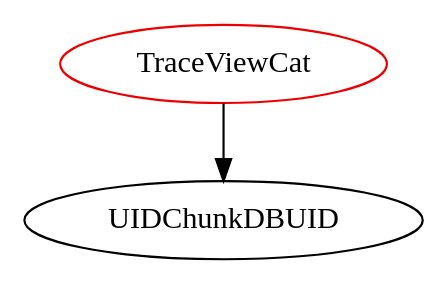
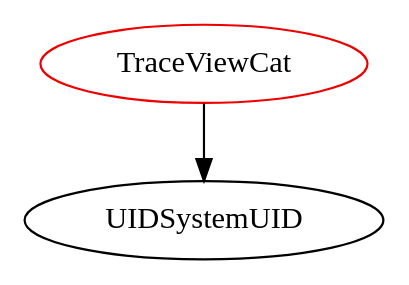
The diagram in analysis/TypeDependencyGraphs/docLang/TraceViewCat.dot (JacquesCarette/Drasil), drawn with Graphviz before and after one commit. The commit also changed 674 other files, not shown here.

```diff
--- a/analysis/TypeDependencyGraphs/docLang/TraceViewCat.dot
+++ b/analysis/TypeDependencyGraphs/docLang/TraceViewCat.dot
@@ -1,4 +1,4 @@
 digraph traceviewcat{
 TraceViewCat	[shape=oval, color=red2, label="TraceViewCat"];
-TraceViewCat -> UIDChunkDBUID;
+TraceViewCat -> UIDSystemUID;
 }
```
